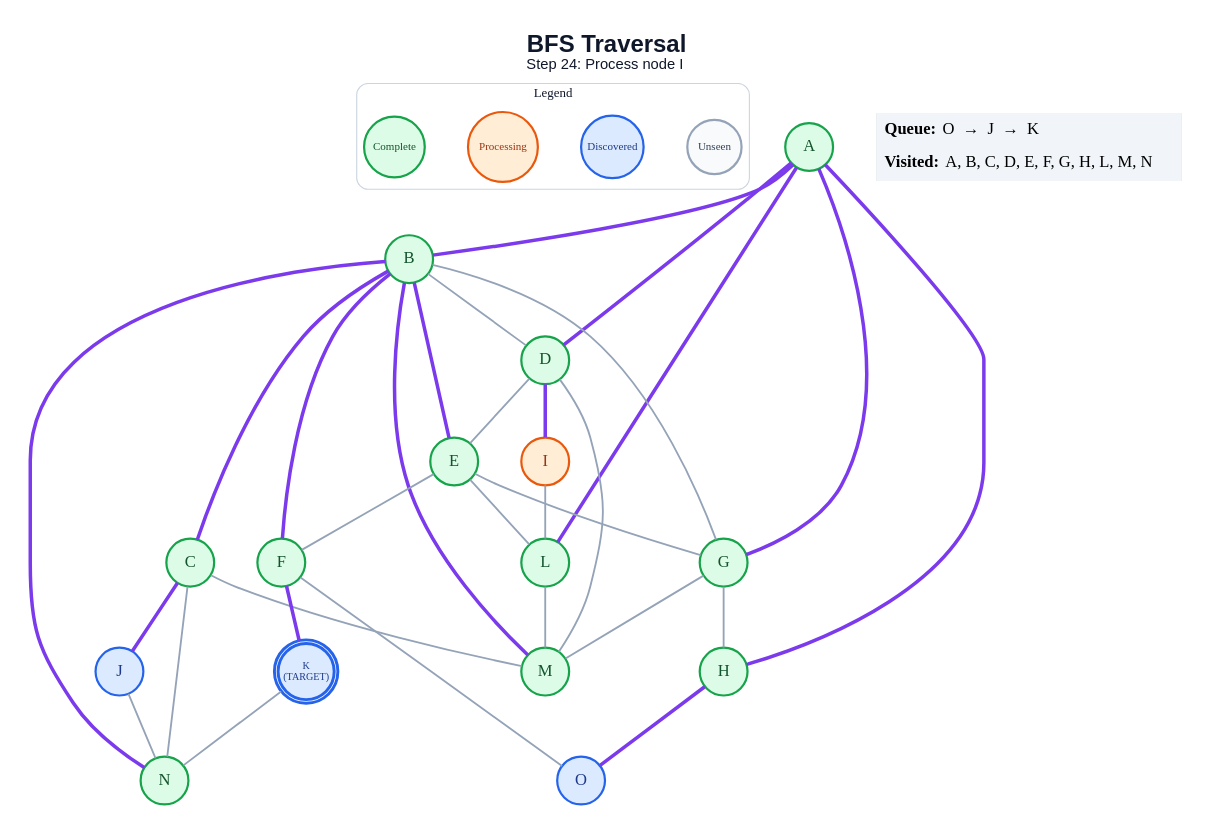
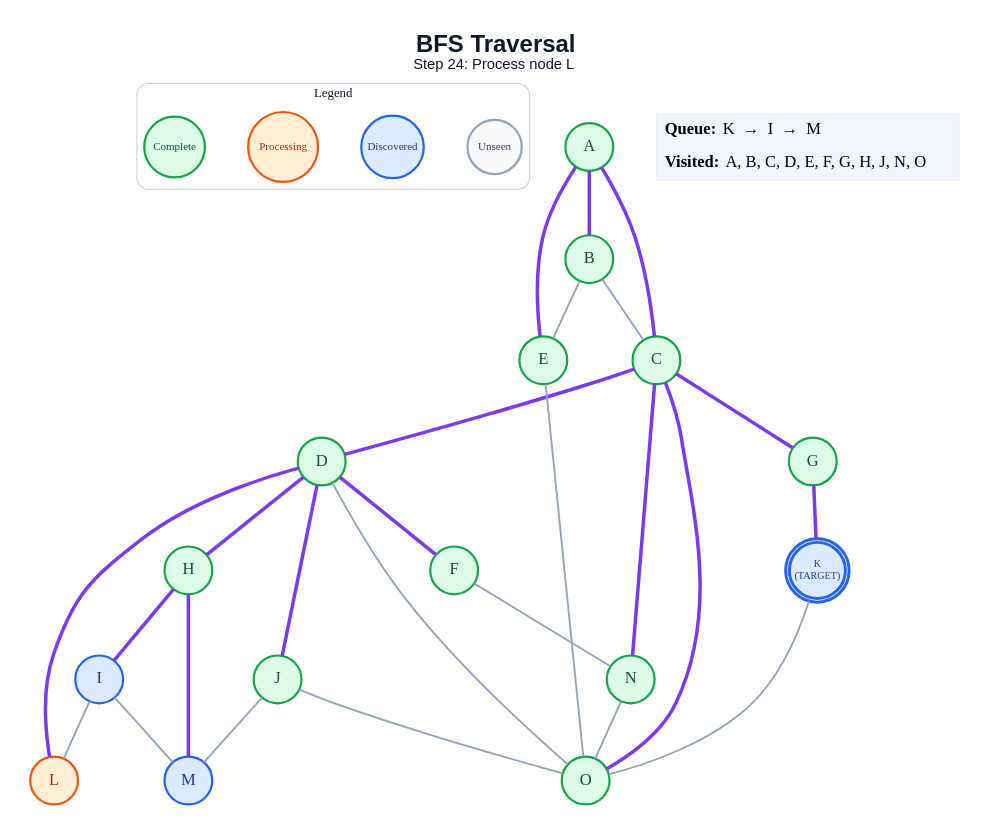
One commit to anon7238593-create/ai-slop changed the diagram in generated/bfs/step_24.dot. Above: the diagram before and after it, drawn with Graphviz. The commit also changed 335 other files, not shown here.

```diff
--- a/generated/bfs/step_24.dot
+++ b/generated/bfs/step_24.dot
@@ -1,64 +1,59 @@
 graph traversal {
   graph [layout=dot, rankdir=TB, bgcolor="#FFFFFF", pad="0.35", nodesep="0.65", ranksep="0.8", fontname="Arial"];
   node [shape=circle, style="filled", fontname="Arial Bold", fontsize=18, width=0.72, fixedsize=true, penwidth=2.4];
   edge [color="#94A3B8", penwidth=2.0];
-  label=<<B>BFS Traversal</B><BR/><FONT POINT-SIZE="16">Step 24: Process node I</FONT>>; labelloc="t"; fontsize=26; fontname="Arial"; fontcolor="#0F172A";
+  label=<<B>BFS Traversal</B><BR/><FONT POINT-SIZE="16">Step 24: Process node L</FONT>>; labelloc="t"; fontsize=26; fontname="Arial"; fontcolor="#0F172A";
   subgraph cluster_legend { label="Legend"; color="#CBD5E1"; penwidth=1.2; style="rounded"; fontsize=14; fontname="Arial Bold";
     key_unseen [label="Unseen", fillcolor="#F8FAFC", color="#94A3B8", fontcolor="#334155", fontsize=12, width=0.82];
     key_frontier [label="Discovered", fillcolor="#DBEAFE", color="#2563EB", fontcolor="#1E3A8A", fontsize=12, width=0.95];
     key_current [label="Processing", fillcolor="#FFEDD5", color="#EA580C", fontcolor="#9A3412", fontsize=12, width=1.05];
     key_done [label="Complete", fillcolor="#DCFCE7", color="#16A34A", fontcolor="#14532D", fontsize=12, width=0.92];
     { rank=same; key_unseen; key_frontier; key_current; key_done; }
   }
   A [label="A", fillcolor="#DCFCE7", color="#16A34A", fontcolor="#14532D", peripheries=1, penwidth=2.4];
   B [label="B", fillcolor="#DCFCE7", color="#16A34A", fontcolor="#14532D", peripheries=1, penwidth=2.4];
   C [label="C", fillcolor="#DCFCE7", color="#16A34A", fontcolor="#14532D", peripheries=1, penwidth=2.4];
   D [label="D", fillcolor="#DCFCE7", color="#16A34A", fontcolor="#14532D", peripheries=1, penwidth=2.4];
   E [label="E", fillcolor="#DCFCE7", color="#16A34A", fontcolor="#14532D", peripheries=1, penwidth=2.4];
   F [label="F", fillcolor="#DCFCE7", color="#16A34A", fontcolor="#14532D", peripheries=1, penwidth=2.4];
   G [label="G", fillcolor="#DCFCE7", color="#16A34A", fontcolor="#14532D", peripheries=1, penwidth=2.4];
   H [label="H", fillcolor="#DCFCE7", color="#16A34A", fontcolor="#14532D", peripheries=1, penwidth=2.4];
-  I [label="I", fillcolor="#FFEDD5", color="#EA580C", fontcolor="#9A3412", peripheries=1, penwidth=2.4];
-  J [label="J", fillcolor="#DBEAFE", color="#2563EB", fontcolor="#1E3A8A", peripheries=1, penwidth=2.4];
+  I [label="I", fillcolor="#DBEAFE", color="#2563EB", fontcolor="#1E3A8A", peripheries=1, penwidth=2.4];
+  J [label="J", fillcolor="#DCFCE7", color="#16A34A", fontcolor="#14532D", peripheries=1, penwidth=2.4];
   K [label="K\n(TARGET)", fillcolor="#DBEAFE", color="#2563EB", fontcolor="#1E3A8A", peripheries=2, penwidth=3.2, fontsize=11, width=0.85, height=0.85];
-  L [label="L", fillcolor="#DCFCE7", color="#16A34A", fontcolor="#14532D", peripheries=1, penwidth=2.4];
-  M [label="M", fillcolor="#DCFCE7", color="#16A34A", fontcolor="#14532D", peripheries=1, penwidth=2.4];
+  L [label="L", fillcolor="#FFEDD5", color="#EA580C", fontcolor="#9A3412", peripheries=1, penwidth=2.4];
+  M [label="M", fillcolor="#DBEAFE", color="#2563EB", fontcolor="#1E3A8A", peripheries=1, penwidth=2.4];
   N [label="N", fillcolor="#DCFCE7", color="#16A34A", fontcolor="#14532D", peripheries=1, penwidth=2.4];
-  O [label="O", fillcolor="#DBEAFE", color="#2563EB", fontcolor="#1E3A8A", peripheries=1, penwidth=2.4];
+  O [label="O", fillcolor="#DCFCE7", color="#16A34A", fontcolor="#14532D", peripheries=1, penwidth=2.4];
   A -- B [color="#7C3AED", penwidth=3.8];
-  A -- D [color="#7C3AED", penwidth=3.8];
-  A -- G [color="#7C3AED", penwidth=3.8];
-  A -- H [color="#7C3AED", penwidth=3.8];
-  A -- L [color="#7C3AED", penwidth=3.8];
-  B -- C [color="#7C3AED", penwidth=3.8];
-  B -- D;
-  B -- E [color="#7C3AED", penwidth=3.8];
-  B -- F [color="#7C3AED", penwidth=3.8];
-  B -- G;
-  B -- M [color="#7C3AED", penwidth=3.8];
-  B -- N [color="#7C3AED", penwidth=3.8];
-  C -- J [color="#7C3AED", penwidth=3.8];
-  C -- M;
-  C -- N;
-  D -- E;
-  D -- I [color="#7C3AED", penwidth=3.8];
-  D -- M;
-  E -- F;
-  E -- G;
-  E -- L;
-  F -- K [color="#7C3AED", penwidth=3.8];
-  F -- O;
-  G -- H;
-  G -- M;
-  H -- O [color="#7C3AED", penwidth=3.8];
+  A -- C [color="#7C3AED", penwidth=3.8];
+  A -- E [color="#7C3AED", penwidth=3.8];
+  B -- C;
+  B -- E;
+  C -- D [color="#7C3AED", penwidth=3.8];
+  C -- G [color="#7C3AED", penwidth=3.8];
+  C -- N [color="#7C3AED", penwidth=3.8];
+  C -- O [color="#7C3AED", penwidth=3.8];
+  D -- F [color="#7C3AED", penwidth=3.8];
+  D -- H [color="#7C3AED", penwidth=3.8];
+  D -- J [color="#7C3AED", penwidth=3.8];
+  D -- L [color="#7C3AED", penwidth=3.8];
+  D -- O;
+  E -- O;
+  F -- N;
+  G -- K [color="#7C3AED", penwidth=3.8];
+  H -- I [color="#7C3AED", penwidth=3.8];
+  H -- M [color="#7C3AED", penwidth=3.8];
   I -- L;
-  J -- N;
-  K -- N;
-  L -- M;
+  I -- M;
+  J -- M;
+  J -- O;
+  K -- O;
+  N -- O;
   status [shape=plain, fixedsize=false, width=0, height=0, margin=0, label=<
     <TABLE BORDER="0" CELLBORDER="0" CELLPADDING="7" BGCOLOR="#F1F5F9">
-      <TR><TD ALIGN="LEFT"><B>Queue:</B> O  →  J  →  K</TD></TR>
-      <TR><TD ALIGN="LEFT"><B>Visited:</B> A, B, C, D, E, F, G, H, L, M, N</TD></TR>
+      <TR><TD ALIGN="LEFT"><B>Queue:</B> K  →  I  →  M</TD></TR>
+      <TR><TD ALIGN="LEFT"><B>Visited:</B> A, B, C, D, E, F, G, H, J, N, O</TD></TR>
     </TABLE>
   >];
 }
```
